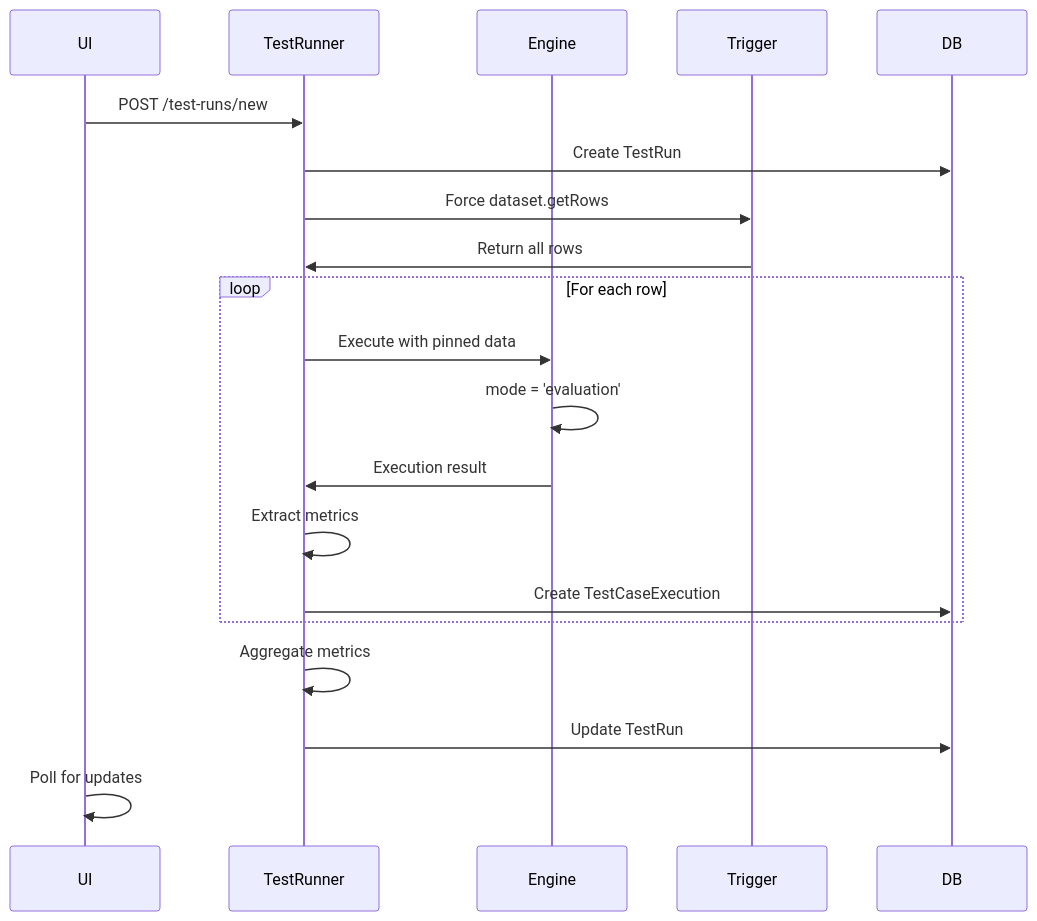
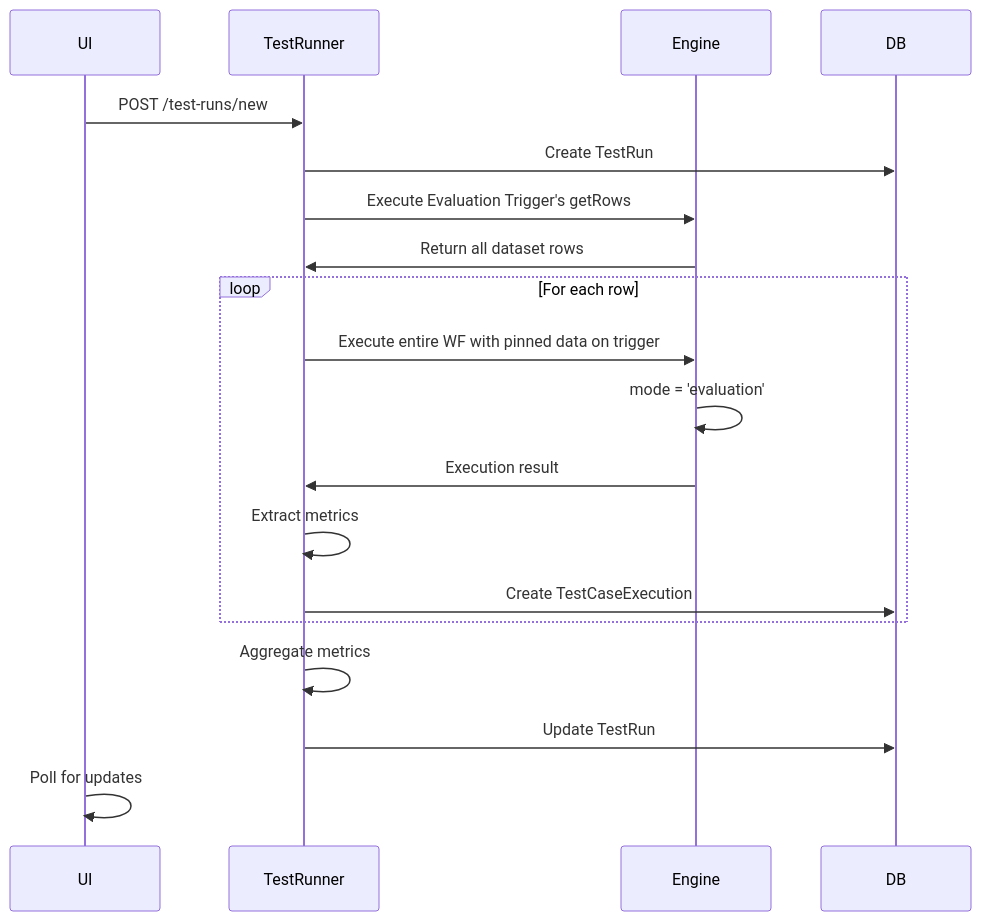
One commit to haroldlucero/n8n changed the second of 3 diagrams in docs/architecture/evaluation.md. Above: the diagram before and after it, drawn with Mermaid. The commit also changed other lines of this file, not shown here.

Commit message:
docs: iterate on evaluation.md

````diff
--- a/docs/architecture/evaluation.md
+++ b/docs/architecture/evaluation.md
@@ -55,25 +62,24 @@
 ```mermaid
 sequenceDiagram
     participant UI
     participant TestRunner
     participant Engine
-    participant Trigger
     participant DB
 
     UI->>TestRunner: POST /test-runs/new
     TestRunner->>DB: Create TestRun
-    TestRunner->>Trigger: Force dataset.getRows
-    Trigger->>TestRunner: Return all rows
+    TestRunner->>Engine: Execute Evaluation Trigger's getRows
+    Engine->>TestRunner: Return all dataset rows
 
     loop For each row
-        TestRunner->>Engine: Execute with pinned data
+        TestRunner->>Engine: Execute entire WF with pinned data on trigger
         Engine->>Engine: mode = 'evaluation'
         Engine->>TestRunner: Execution result
         TestRunner->>TestRunner: Extract metrics
         TestRunner->>DB: Create TestCaseExecution
     end
 
     TestRunner->>TestRunner: Aggregate metrics
     TestRunner->>DB: Update TestRun
     UI->>UI: Poll for updates
 ```
````
